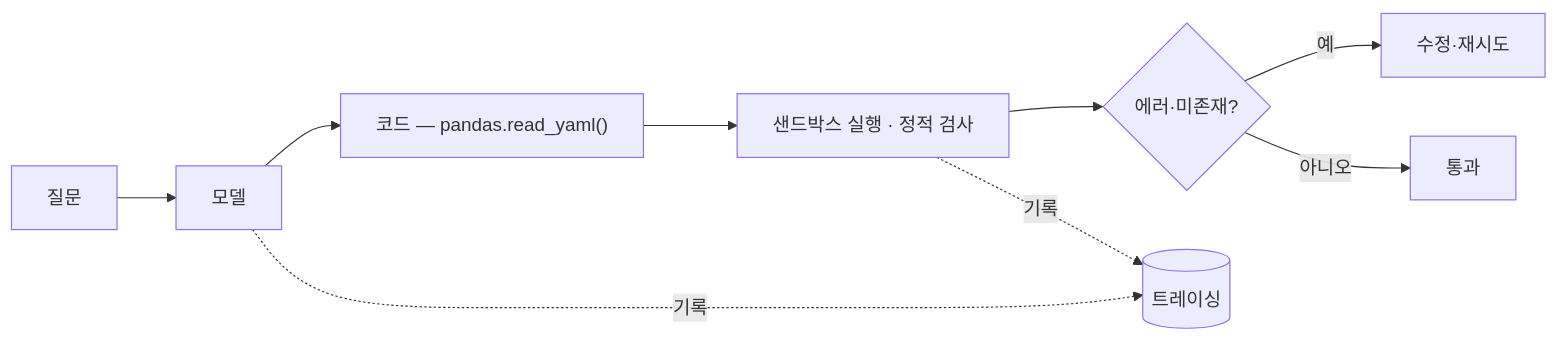
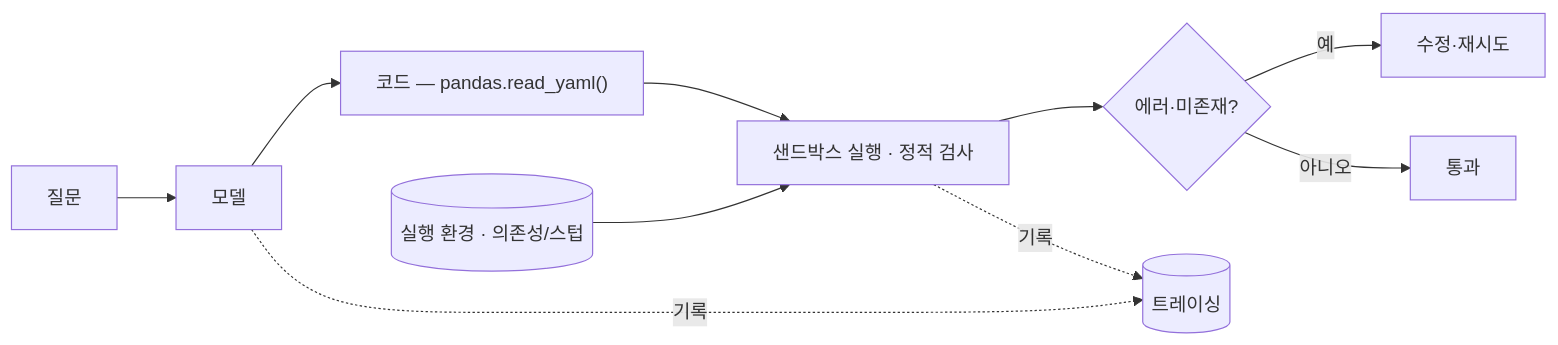
Before and after one commit to CodeCompose7/awesome-ai-stack: the fourth of 7 diagrams in src/content/concepts/ko/harness-engineering.mdx, drawn with Mermaid. The commit also changed other lines of this file and 2 other files, not shown here.

First line of the commit message:
content(concepts): show the source/env the checker compares against

````diff
--- a/src/content/concepts/ko/harness-engineering.mdx
+++ b/src/content/concepts/ko/harness-engineering.mdx
@@ -123,14 +125,16 @@
 ```mermaid
 flowchart LR
   q["질문"] --> model["모델"]
   model --> code["코드 — pandas.read_yaml()"]
   code --> check["샌드박스 실행 · 정적 검사"]
+  env[("실행 환경 · 의존성/스텁")] --> check
   check --> err{"에러·미존재?"}
   err -- 예 --> fix["수정·재시도"]
   err -- 아니오 --> pass["통과"]
   model -.기록.-> trace[("트레이싱")]
   check -.기록.-> trace
   class model roleModel
   class check roleEval
   class trace roleTrace
+  class env roleSource
 ```
````
